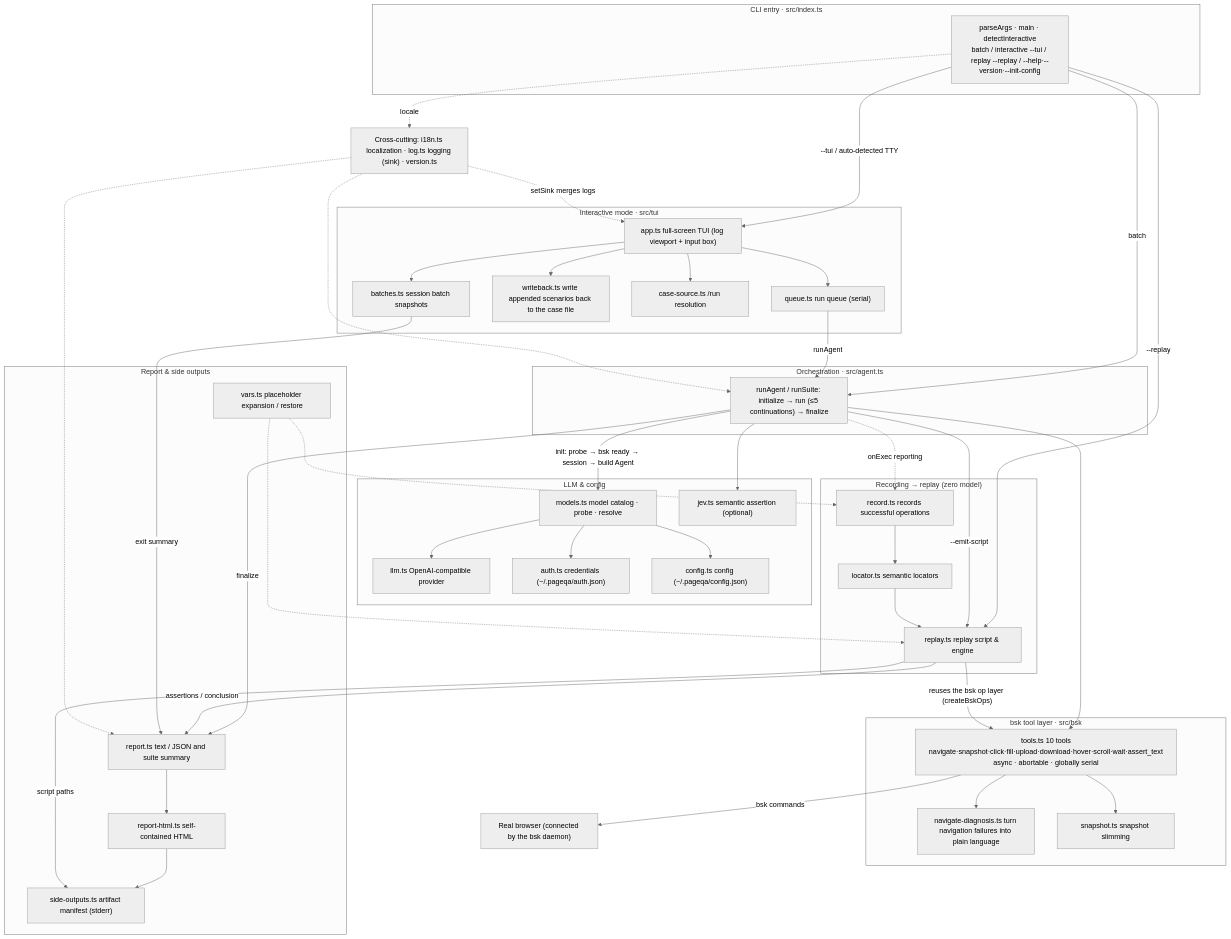
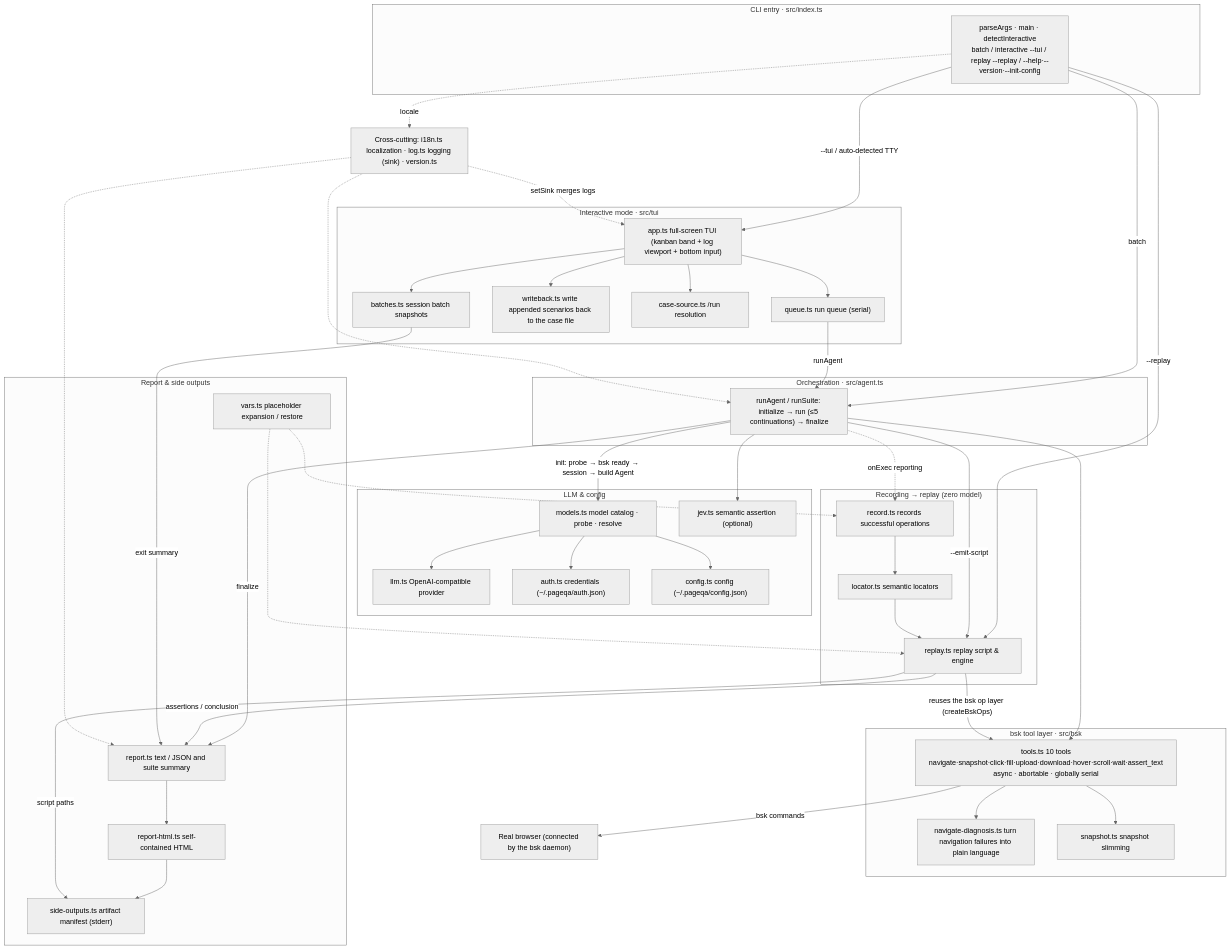
One commit to klren0312/pageqa changed the diagram in README.md. Above: the diagram before and after it, drawn with Mermaid (neutral theme). The commit also changed other lines of this file and 1 other file, not shown here.

Commit message:
docs: 重写 README，以 TUI 为核心并补全看板带与分层架构图

```diff
--- a/README.md
+++ b/README.md
@@ -598,7 +233,7 @@
   end
 
   subgraph TUI["Interactive mode · src/tui"]
-    APP["app.ts full-screen TUI (log viewport + input box)"]
+    APP["app.ts full-screen TUI (kanban band + log viewport + bottom input)"]
     QUEUE["queue.ts run queue (serial)"]
     WB["writeback.ts write appended scenarios back to the case file"]
     CS["case-source.ts /run resolution"]
```
